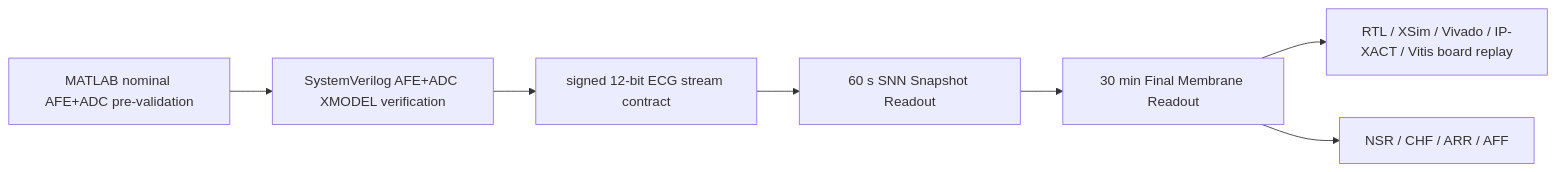
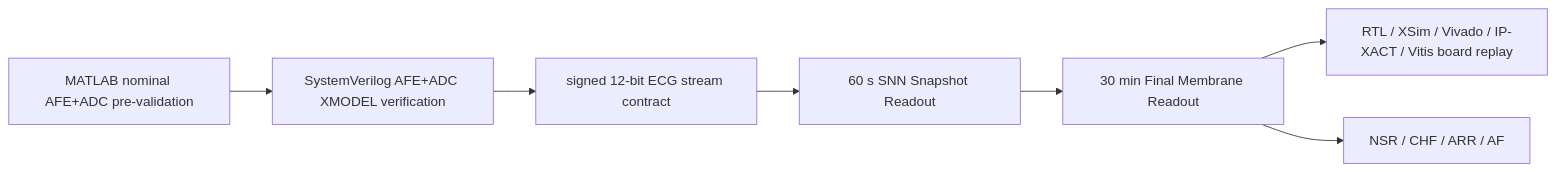
One commit to Sheep-gun/ECG-SoC-Integrated changed the diagram in components/digital_accelerator/README.md. Above: the diagram before and after it, drawn with Mermaid. The commit also changed other lines of this file and 626 other files, not shown here.

````diff
--- a/components/digital_accelerator/README.md
+++ b/components/digital_accelerator/README.md
@@ -13,9 +13,9 @@
 ```mermaid
 flowchart LR
     A["MATLAB nominal AFE+ADC pre-validation"] --> B["SystemVerilog AFE+ADC XMODEL verification"]
     B --> C["signed 12-bit ECG stream contract"]
     C --> D["60 s SNN Snapshot Readout"]
     D --> E["30 min Final Membrane Readout"]
     E --> F["RTL / XSim / Vivado / IP-XACT / Vitis board replay"]
-    E --> G["NSR / CHF / ARR / AFF"]
+    E --> G["NSR / CHF / ARR / AF"]
 ```
````
